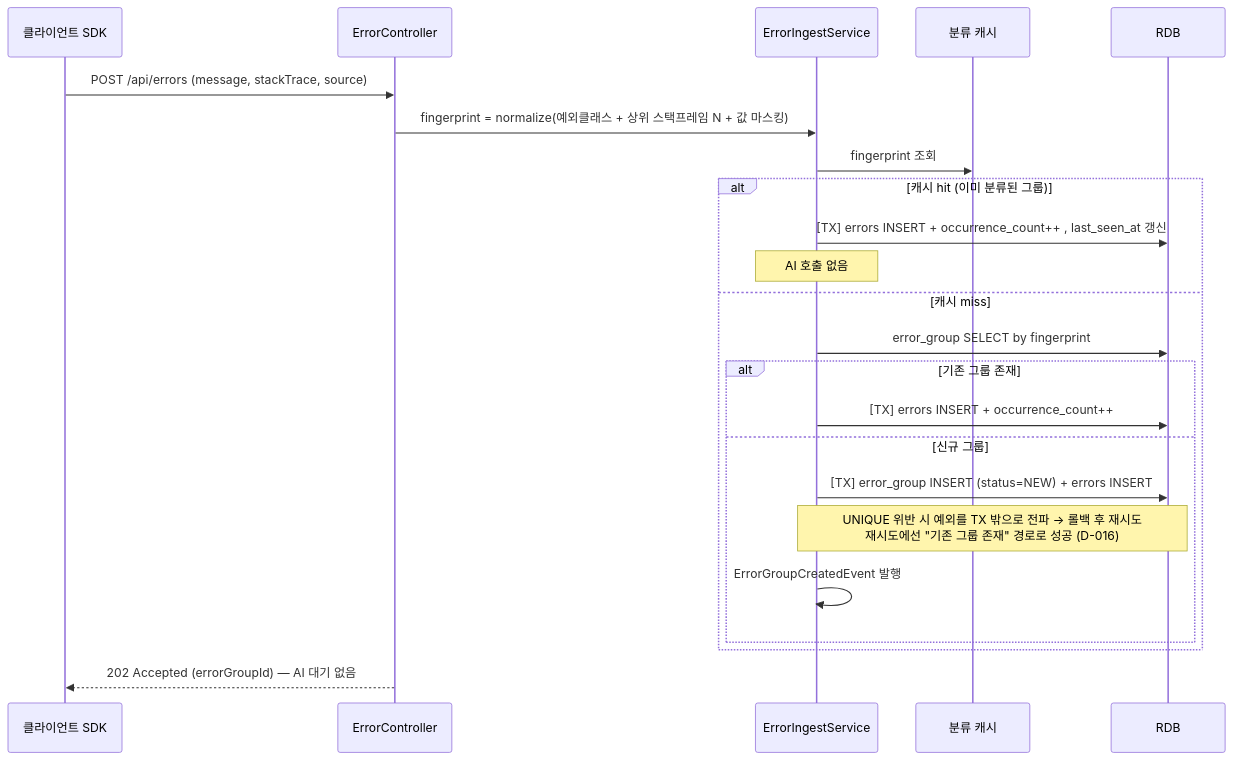
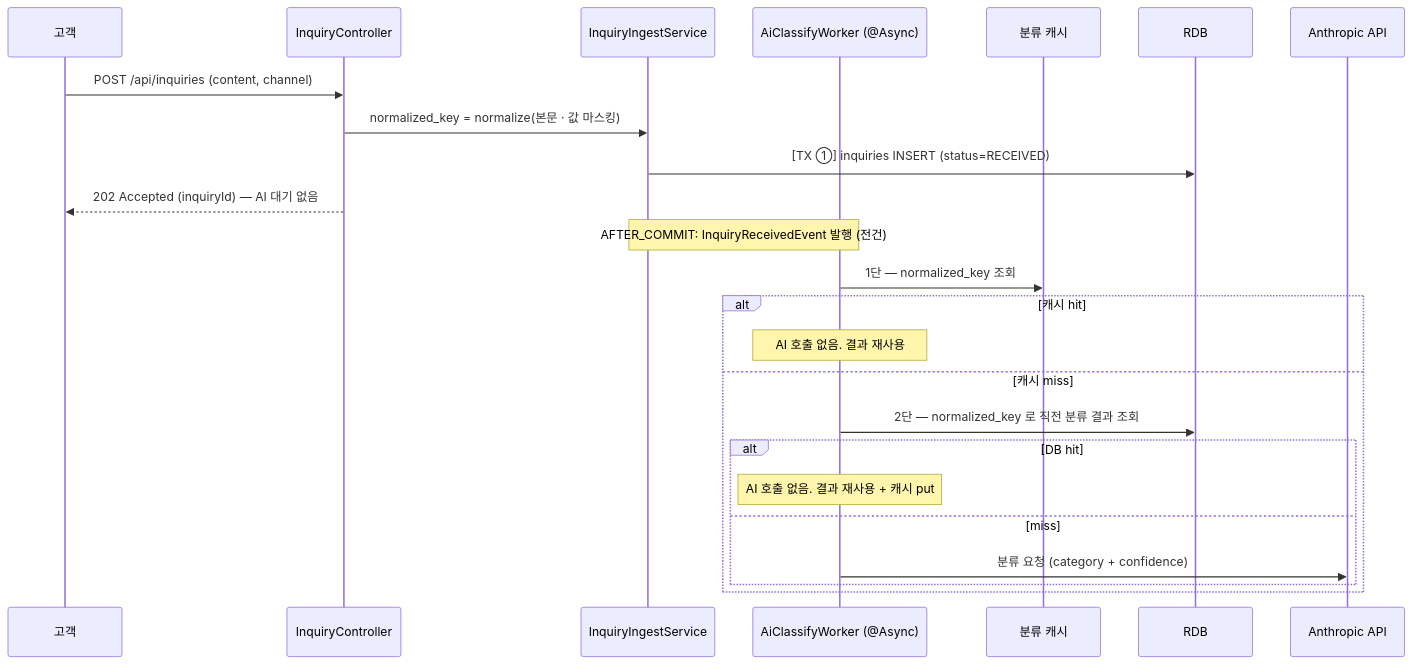
One commit to GaeChwiRpg/dingco-1-team-01 changed the first of 3 diagrams in PRD.md. Above: the diagram before and after it, drawn with Mermaid. The commit also changed other lines of this file and 1 other file, not shown here.

````diff
--- a/PRD.md
+++ b/PRD.md
@@ -134,28 +178,29 @@
 ```mermaid
 sequenceDiagram
-    participant C as 클라이언트 SDK
-    participant API as ErrorController
-    participant SVC as ErrorIngestService
+    participant C as 고객
+    participant API as InquiryController
+    participant SVC as InquiryIngestService
+    participant W as AiClassifyWorker (@Async)
     participant CACHE as 분류 캐시
     participant DB as RDB
+    participant AI as Anthropic API
 
-    C->>API: POST /api/errors (message, stackTrace, source)
-    API->>SVC: fingerprint = normalize(예외클래스 + 상위 스택프레임 N + 값 마스킹)
-    SVC->>CACHE: fingerprint 조회
+    C->>API: POST /api/inquiries (content, channel)
+    API->>SVC: normalized_key = normalize(본문 · 값 마스킹)
+    SVC->>DB: [TX ①] inquiries INSERT (status=RECEIVED)
+    API-->>C: 202 Accepted (inquiryId) — AI 대기 없음
 
-    alt 캐시 hit (이미 분류된 그룹)
-        SVC->>DB: [TX] errors INSERT + occurrence_count++ , last_seen_at 갱신
-        Note over SVC: AI 호출 없음
+    Note over SVC,W: AFTER_COMMIT: InquiryReceivedEvent 발행 (전건)
+
+    W->>CACHE: 1단 — normalized_key 조회
+    alt 캐시 hit
+        Note over W: AI 호출 없음. 결과 재사용
     else 캐시 miss
-        SVC->>DB: error_group SELECT by fingerprint
-        alt 기존 그룹 존재
-            SVC->>DB: [TX] errors INSERT + occurrence_count++
-        else 신규 그룹
-            SVC->>DB: [TX] error_group INSERT (status=NEW) + errors INSERT
-            Note over SVC,DB: UNIQUE 위반 시 예외를 TX 밖으로 전파 → 롤백 후 재시도<br/>재시도에선 "기존 그룹 존재" 경로로 성공 (D-016)
-            SVC->>SVC: ErrorGroupCreatedEvent 발행
+        W->>DB: 2단 — normalized_key 로 직전 분류 결과 조회
+        alt DB hit
+            Note over W: AI 호출 없음. 결과 재사용 + 캐시 put
+        else miss
+            W->>AI: 분류 요청 (category + confidence)
         end
     end
-
-    API-->>C: 202 Accepted (errorGroupId) — AI 대기 없음
 ```
````
